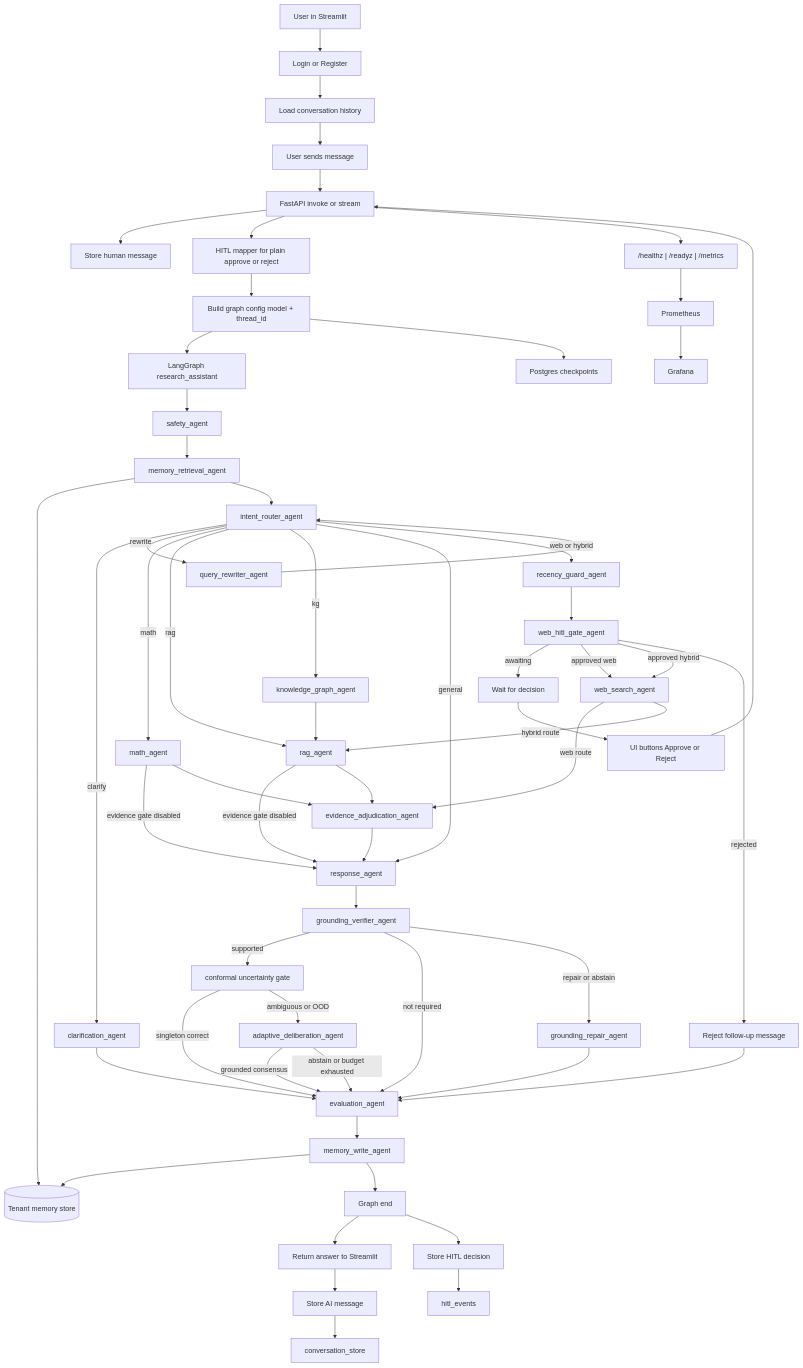
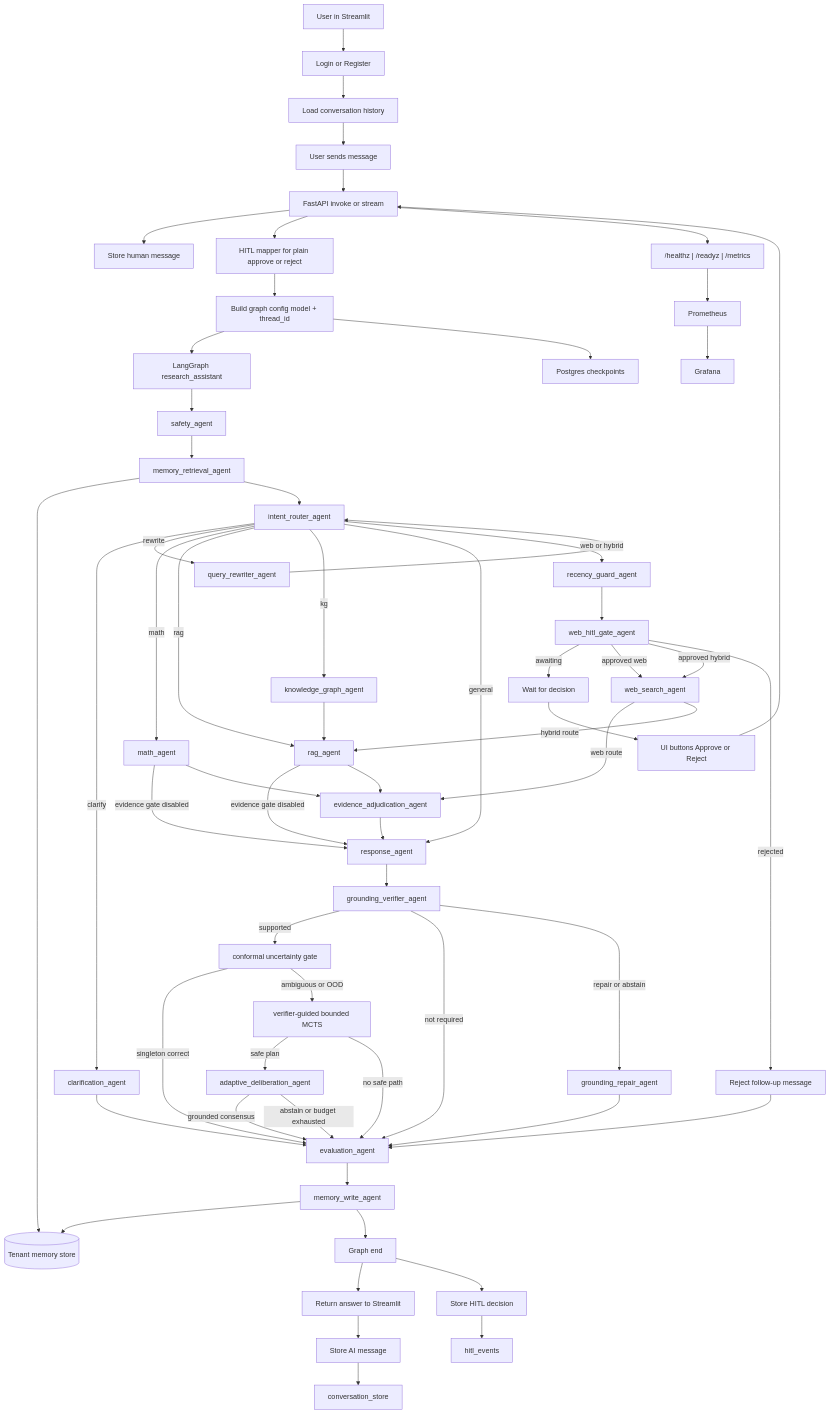
One commit to Theepankumargandhi/Multi-Agent-Orchestration changed the diagram in docs/architecture/agent_runtime_flow.md. Above: the diagram before and after it, drawn with Mermaid. The commit also changed 15 other files, not shown here.

Commit message:
feat: add verifier-guided MCTS reasoning search

````diff
--- a/docs/architecture/agent_runtime_flow.md
+++ b/docs/architecture/agent_runtime_flow.md
@@ -10,76 +10,78 @@
 ```mermaid
 flowchart TD
     U[User in Streamlit] --> AUTH[Login or Register]
     AUTH --> HIST[Load conversation history]
     HIST --> Q[User sends message]
     Q --> API[FastAPI invoke or stream]
 
     API --> STOREH[Store human message]
     API --> HMAP[HITL mapper for plain approve or reject]
     HMAP --> CFG[Build graph config model + thread_id]
     CFG --> LG[LangGraph research_assistant]
     CFG --> CHK[Postgres checkpoints]
 
     LG --> SA[safety_agent]
     SA --> MR[memory_retrieval_agent]
     MR --> MEM[(Tenant memory store)]
     MR --> IR[intent_router_agent]
 
     IR -->|clarify| CA[clarification_agent]
     CA --> EVA[evaluation_agent]
 
     IR -->|rewrite| QR[query_rewriter_agent]
     QR --> IR
 
     IR -->|math| MA[math_agent]
     MA -->|evidence gate disabled| RESP[response_agent]
 
     IR -->|rag| RA[rag_agent]
     RA -->|evidence gate disabled| RESP
 
     IR -->|kg| KG[knowledge_graph_agent]
     KG --> RA
 
     IR -->|general| RESP
 
     IR -->|web or hybrid| RG[recency_guard_agent]
     RG --> WH[web_hitl_gate_agent]
 
     WH -->|awaiting| WAIT[Wait for decision]
     WAIT --> BTN[UI buttons Approve or Reject]
     BTN --> API
 
     WH -->|approved web| WS[web_search_agent]
     WS -->|web route| EQ[evidence_adjudication_agent]
 
     WH -->|approved hybrid| WS
     WS -->|hybrid route| RA
 
     WH -->|rejected| REJ[Reject follow-up message]
     REJ --> EVA
 
     RA --> EQ
     MA --> EQ
     EQ --> RESP
     RESP --> GV[grounding_verifier_agent]
     GV -->|supported| UC[conformal uncertainty gate]
     UC -->|singleton correct| EVA
-    UC -->|ambiguous or OOD| AD[adaptive_deliberation_agent]
+    UC -->|ambiguous or OOD| MCTS[verifier-guided bounded MCTS]
+    MCTS -->|safe plan| AD[adaptive_deliberation_agent]
+    MCTS -->|no safe path| EVA
     AD -->|grounded consensus| EVA
     AD -->|abstain or budget exhausted| EVA
     GV -->|not required| EVA
     GV -->|repair or abstain| GR[grounding_repair_agent]
     GR --> EVA
     EVA --> MW[memory_write_agent]
     MW --> MEM
     MW --> END[Graph end]
     END --> APIRESP[Return answer to Streamlit]
     APIRESP --> STOREA[Store AI message]
     STOREA --> CST[conversation_store]
     END --> HITLDB[Store HITL decision]
     HITLDB --> HITL[hitl_events]
 
     API --> METRICS["/healthz | /readyz | /metrics"]
     METRICS --> PROM[Prometheus]
     PROM --> GRAF[Grafana]
 ```
````
